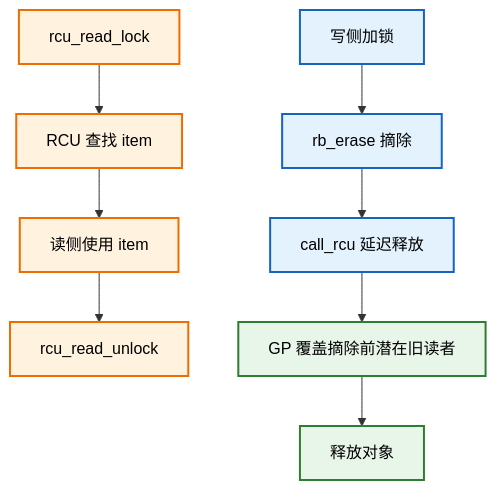
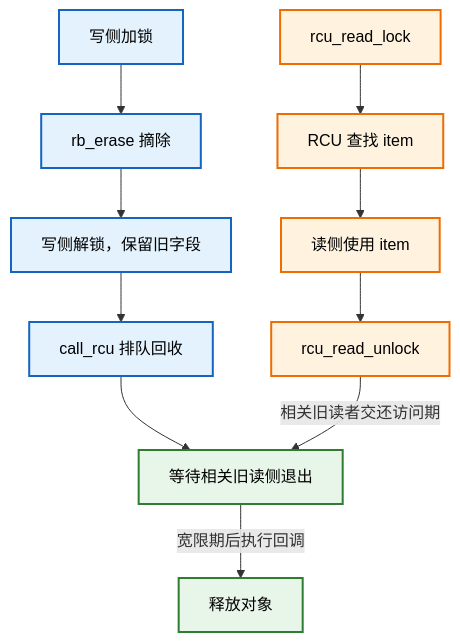
Before and after one commit to FormingSystem/linux_note: diagram 29 of 30 in knowledge/linux/data_structures/红黑树_rb-tree/P37_构建rbtree调用者接口.md, drawn with Mermaid. The commit also changed other lines of this file and 2 other files, not shown here.

````diff
--- a/knowledge/linux/data_structures/红黑树_rb-tree/P37_构建rbtree调用者接口.md
+++ b/knowledge/linux/data_structures/红黑树_rb-tree/P37_构建rbtree调用者接口.md
@@ -2329,30 +2326,33 @@
 ```mermaid
 graph TD
 	rcu_read["rcu_read_lock"]
 	search_rcu["RCU 查找 item"]
 	use_item["读侧使用 item"]
 	rcu_unlock["rcu_read_unlock"]
 
 	writer_lock["写侧加锁"]
 	erase_node["rb_erase 摘除"]
-	call_rcu_node["call_rcu 延迟释放"]
-	grace_period["GP 覆盖摘除前潜在旧读者"]
+	writer_unlock["写侧解锁，保留旧字段"]
+	call_rcu_node["call_rcu 排队回收"]
+	grace_period["等待相关旧读侧退出"]
 	free_obj["释放对象"]
 
 	rcu_read --> search_rcu
 	search_rcu --> use_item
 	use_item --> rcu_unlock
 
 	writer_lock --> erase_node
-	erase_node --> call_rcu_node
+	erase_node --> writer_unlock
+	writer_unlock --> call_rcu_node
 	call_rcu_node --> grace_period
-	grace_period --> free_obj
+	rcu_unlock -->|相关旧读者交还访问期| grace_period
+	grace_period -->|宽限期后执行回调| free_obj
 
 	classDef rcu fill:#fff3e0,stroke:#ef6c00,color:#000,stroke-width:2px;
 	classDef writer fill:#e3f2fd,stroke:#1565c0,color:#000,stroke-width:2px;
 	classDef free fill:#e8f5e9,stroke:#2e7d32,color:#000,stroke-width:2px;
 
 	class rcu_read,search_rcu,use_item,rcu_unlock rcu;
-	class writer_lock,erase_node,call_rcu_node writer;
+	class writer_lock,writer_unlock,erase_node,call_rcu_node writer;
 	class grace_period,free_obj free;
 ```
````
